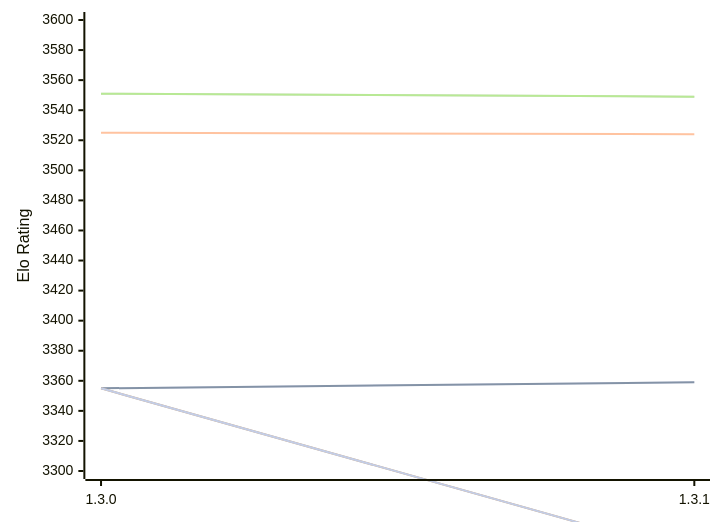
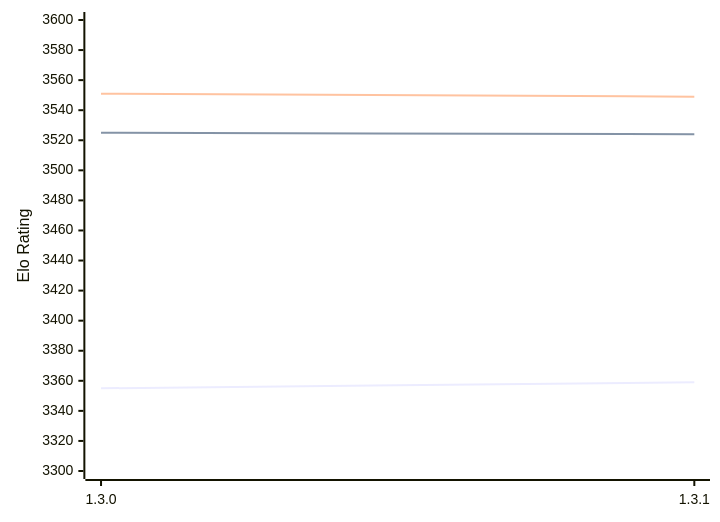
Before and after one commit to computer-chess-index/cci: the diagram in engines/Renegade.md, drawn with Mermaid. The commit also changed other lines of this file, not shown here.

````diff
--- a/engines/Renegade.md
+++ b/engines/Renegade.md
@@ -48,13 +48,9 @@
 ```mermaid
 %%{init: {"theme":"base","themeVariables":{"seriesColors:['#a3a3a3','#222221','#faa371']}}}%%
 xychart-beta
   x-axis ["1.3.0", "1.3.1"]
   y-axis "Elo Rating" 3300 --> 3600
-  line "" [3355, 3359]
   line "T1: STC (8.0+0.08s)" [3355, 3359]
   line "T1: LTC (60.0+0.60s)" [3525, 3524]
-  line "" [3551, 3549]
   line "T1: VLTC (2m24s+1.12s)" [3551, 3549]
-  line "" [3355,3244]
-  line "E1: STC (8.0+0.08s)" [3355,3244]
 ```
````
